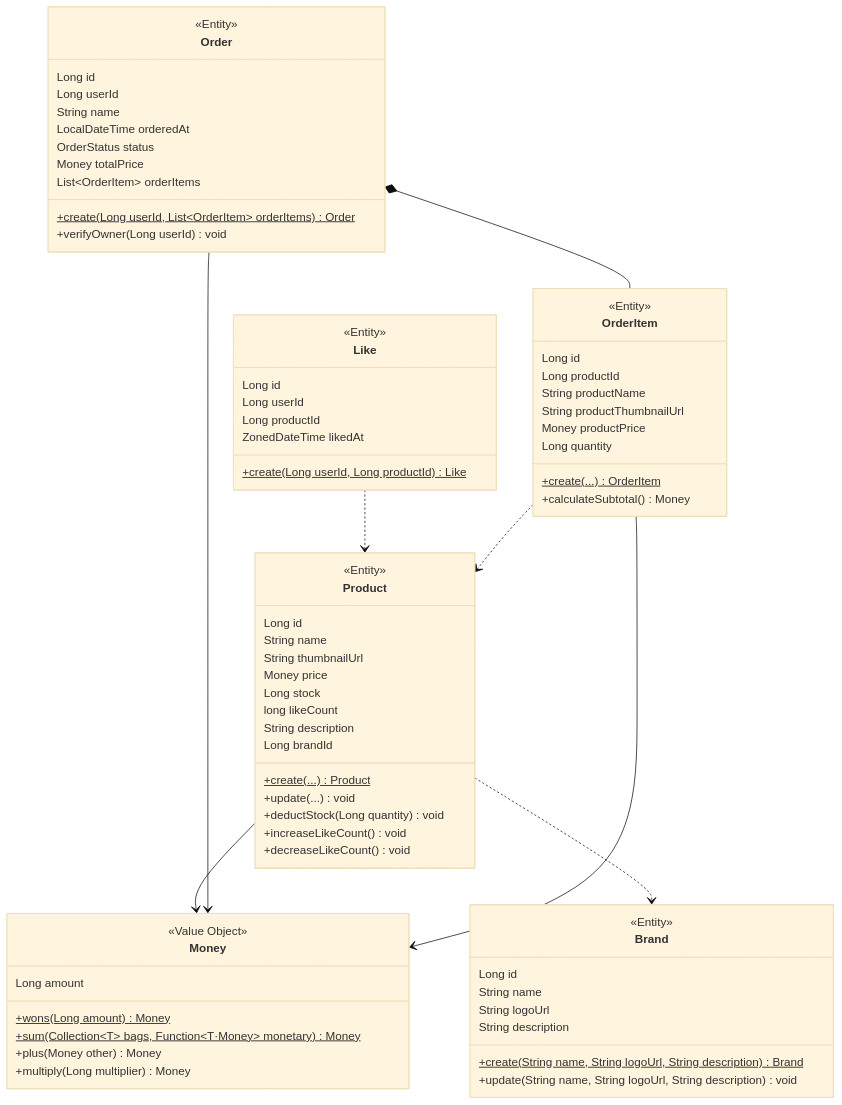
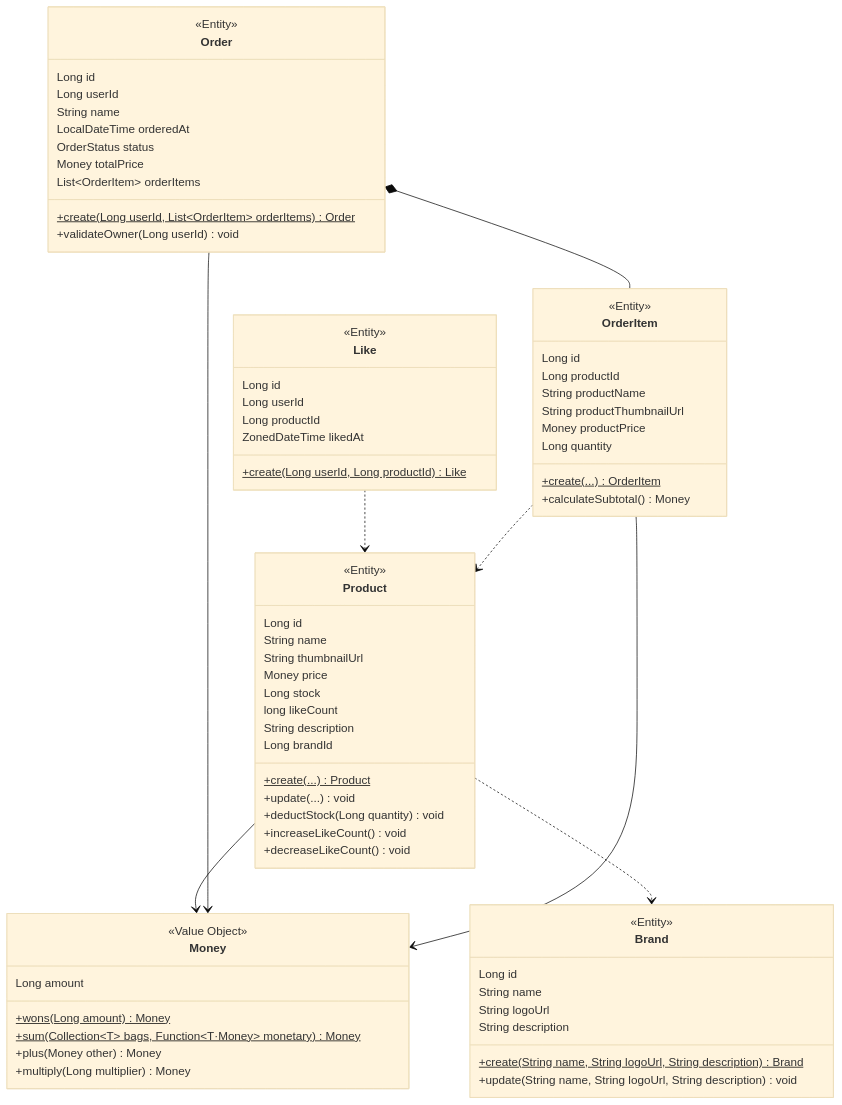
The diagram in .docs/design/03-class-diagram.md (Loopers-dev-lab/loop-pack-be-l2-vol3-java), drawn with Mermaid (base theme) before and after one commit. The commit also changed other lines of this file and 10 other files, not shown here.

```diff
--- a/.docs/design/03-class-diagram.md
+++ b/.docs/design/03-class-diagram.md
@@ -96,7 +96,7 @@
         Money totalPrice
         List~OrderItem~ orderItems
         +create(Long userId, List~OrderItem~ orderItems)$ Order
-        +verifyOwner(Long userId) void
+        +validateOwner(Long userId) void
     }
 
     class OrderItem {
```
